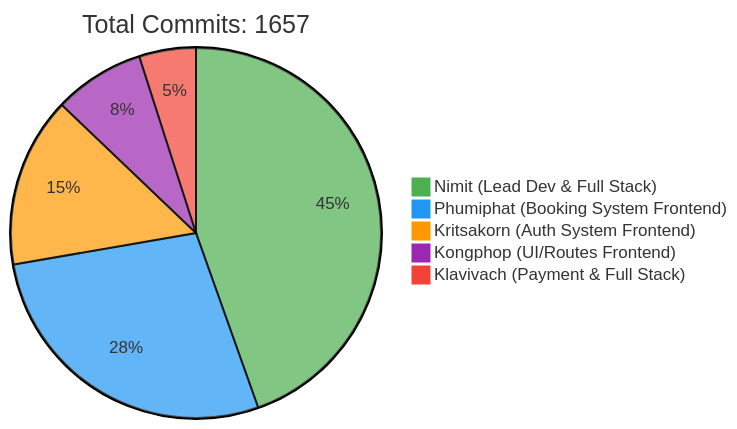
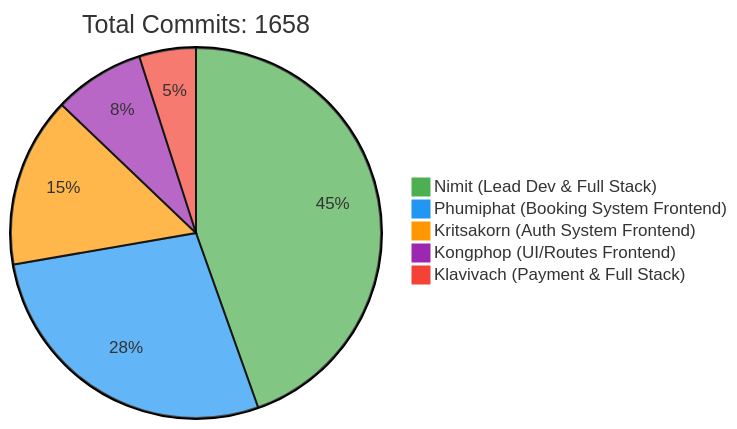
One commit to 6531503042/Sport-Complex changed the first of 2 diagrams in README.md. Above: the diagram before and after it, drawn with Mermaid. The commit also changed other lines of this file, not shown here.

Commit message:
docs: Update contributor statistics [skip ci]

````diff
--- a/README.md
+++ b/README.md
@@ -257,10 +257,10 @@
 ```mermaid
 %%{init: {'theme': 'base', 'themeVariables': { 'pie1': '#4CAF50', 'pie2': '#2196F3', 'pie3': '#FF9800', 'pie4': '#9C27B0', 'pie5': '#F44336'}}}%%
 pie
-    title Total Commits: 1657
+    title Total Commits: 1658
     "Nimit (Lead Dev & Full Stack)" : 450
     "Phumiphat (Booking System Frontend)" : 280
     "Kritsakorn (Auth System Frontend)" : 150
     "Kongphop (UI/Routes Frontend)" : 80
     "Klavivach (Payment & Full Stack)" : 50
 ```
````
